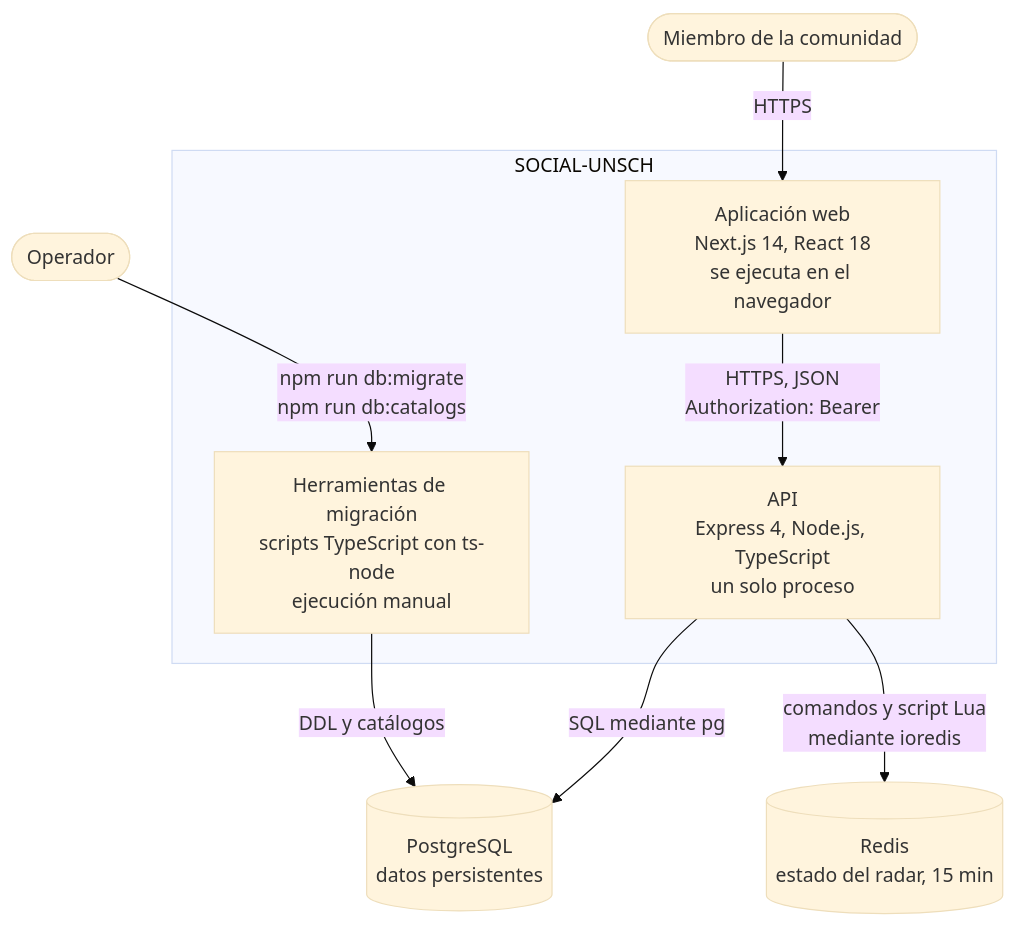
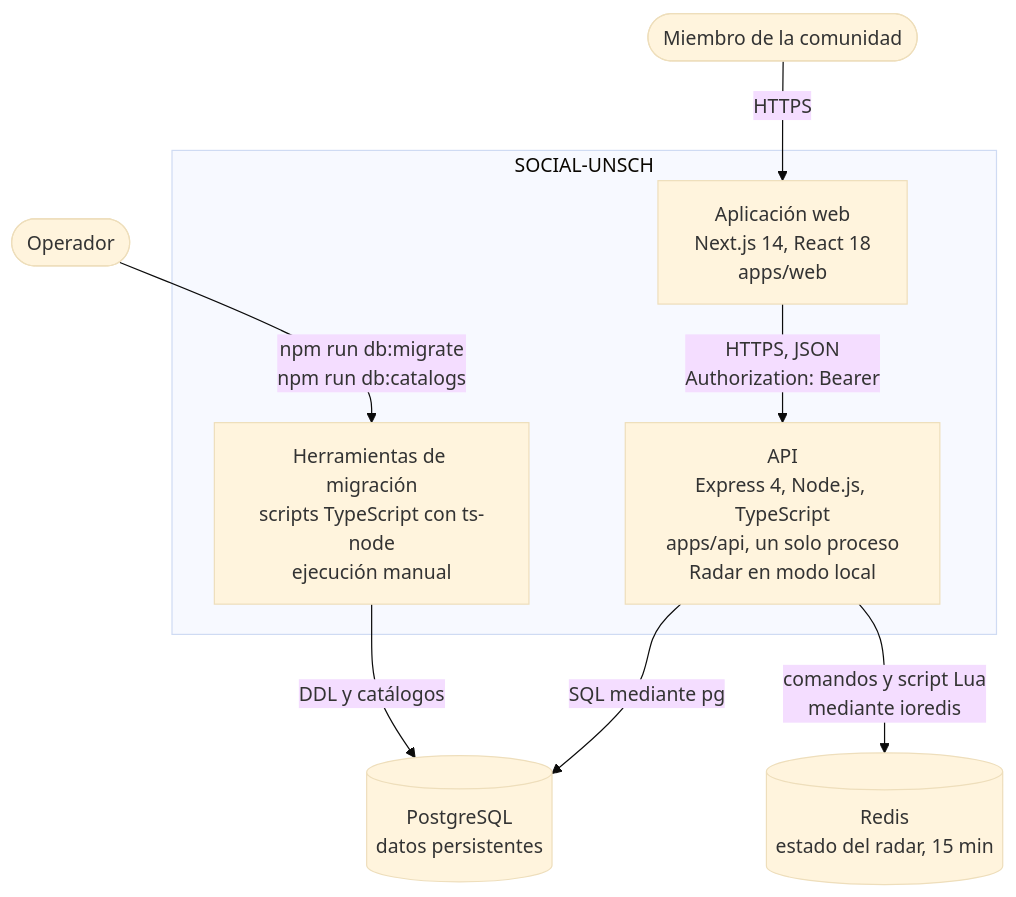
The diagram in docs/04-modelo-c4/02-contenedores-actuales.md (pillacarodriguezuriel-a11y/social_unsch), drawn with Mermaid (base theme) before and after one commit. The commit also changed other lines of this file and 44 other files, not shown here.

````diff
--- a/docs/04-modelo-c4/02-contenedores-actuales.md
+++ b/docs/04-modelo-c4/02-contenedores-actuales.md
@@ -10,21 +10,21 @@
 ```mermaid
 flowchart TB
     USR(["Miembro de la comunidad"])
     OPE(["Operador"])
 
     subgraph SISTEMA["SOCIAL-UNSCH"]
-        WEB["Aplicación web<br/>Next.js 14, React 18<br/>se ejecuta en el navegador"]
-        API["API<br/>Express 4, Node.js, TypeScript<br/>un solo proceso"]
+        WEB["Aplicación web<br/>Next.js 14, React 18<br/>apps/web"]
+        API["API<br/>Express 4, Node.js, TypeScript<br/>apps/api, un solo proceso<br/>Radar en modo local"]
         MIG["Herramientas de migración<br/>scripts TypeScript con ts-node<br/>ejecución manual"]
     end
 
     PG[("PostgreSQL<br/>datos persistentes")]
     RD[("Redis<br/>estado del radar, 15 min")]
 
     USR -- "HTTPS" --> WEB
     WEB -- "HTTPS, JSON<br/>Authorization: Bearer" --> API
     API -- "SQL mediante pg" --> PG
     API -- "comandos y script Lua<br/>mediante ioredis" --> RD
     OPE -- "npm run db:migrate<br/>npm run db:catalogs" --> MIG
     MIG -- "DDL y catálogos" --> PG
 ```
````
